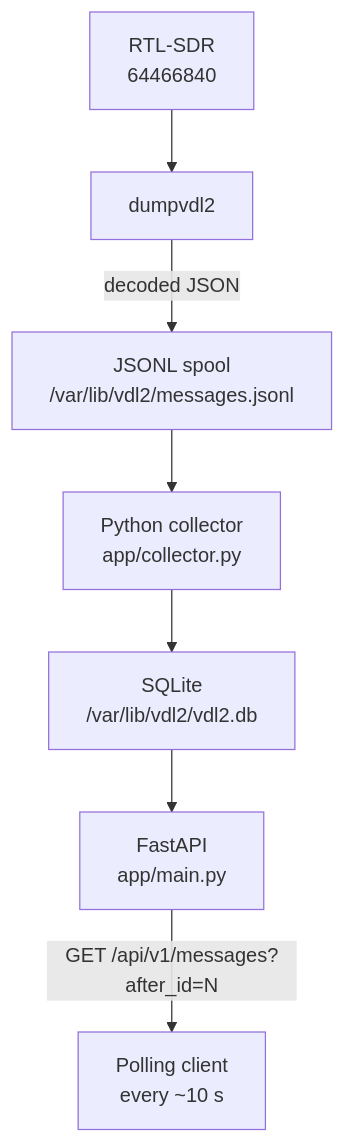
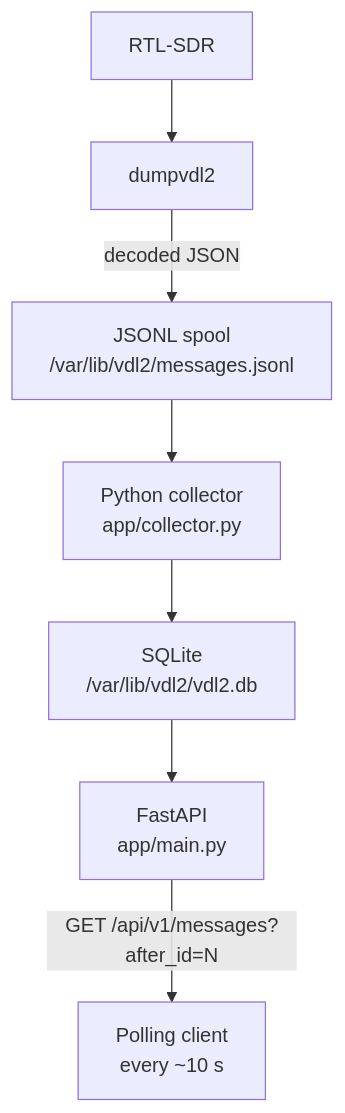
The first of 2 diagrams in README.md (disappointingsupernova/vdl2-api), drawn with Mermaid before and after one commit. The commit also changed other lines of this file and 3 other files, not shown here.

Commit message:
fix(config): replace hardcoded RTL-SDR serial and station ID with env vars

````diff
--- a/README.md
+++ b/README.md
@@ -39,17 +39,17 @@
 ```mermaid
 flowchart TD
-    SDR["RTL-SDR\n64466840"]
+    SDR["RTL-SDR"]
     DV["dumpvdl2"]
     SPOOL["JSONL spool\n/var/lib/vdl2/messages.jsonl"]
     COL["Python collector\napp/collector.py"]
     DB["SQLite\n/var/lib/vdl2/vdl2.db"]
     API["FastAPI\napp/main.py"]
     CLIENT["Polling client\nevery ~10 s"]
 
     SDR --> DV
     DV -->|decoded JSON| SPOOL
     SPOOL --> COL
     COL --> DB
     DB --> API
     API -->|GET /api/v1/messages?after_id=N| CLIENT
 ```
````
